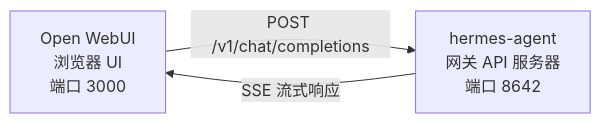
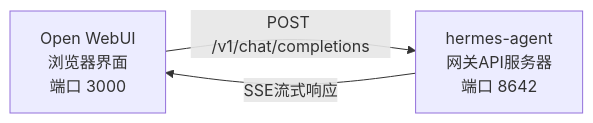
One commit to renxia/hermes-agent-docs changed the diagram in i18n/zh-CN/docusaurus-plugin-content-docs/current/user-guide/messaging/open-webui.md. Above: the diagram before and after it, drawn with Mermaid. The commit also changed other lines of this file and 439 other files, not shown here.

````diff
--- a/i18n/zh-CN/docusaurus-plugin-content-docs/current/user-guide/messaging/open-webui.md
+++ b/i18n/zh-CN/docusaurus-plugin-content-docs/current/user-guide/messaging/open-webui.md
@@ -13,7 +13,7 @@
 ```mermaid
 flowchart LR
-    A["Open WebUI<br/>浏览器 UI<br/>端口 3000"]
-    B["hermes-agent<br/>网关 API 服务器<br/>端口 8642"]
+    A["Open WebUI<br/>浏览器界面<br/>端口 3000"]
+    B["hermes-agent<br/>网关API服务器<br/>端口 8642"]
     A -->|POST /v1/chat/completions| B
-    B -->|SSE 流式响应| A
+    B -->|SSE流式响应| A
 ```
````
